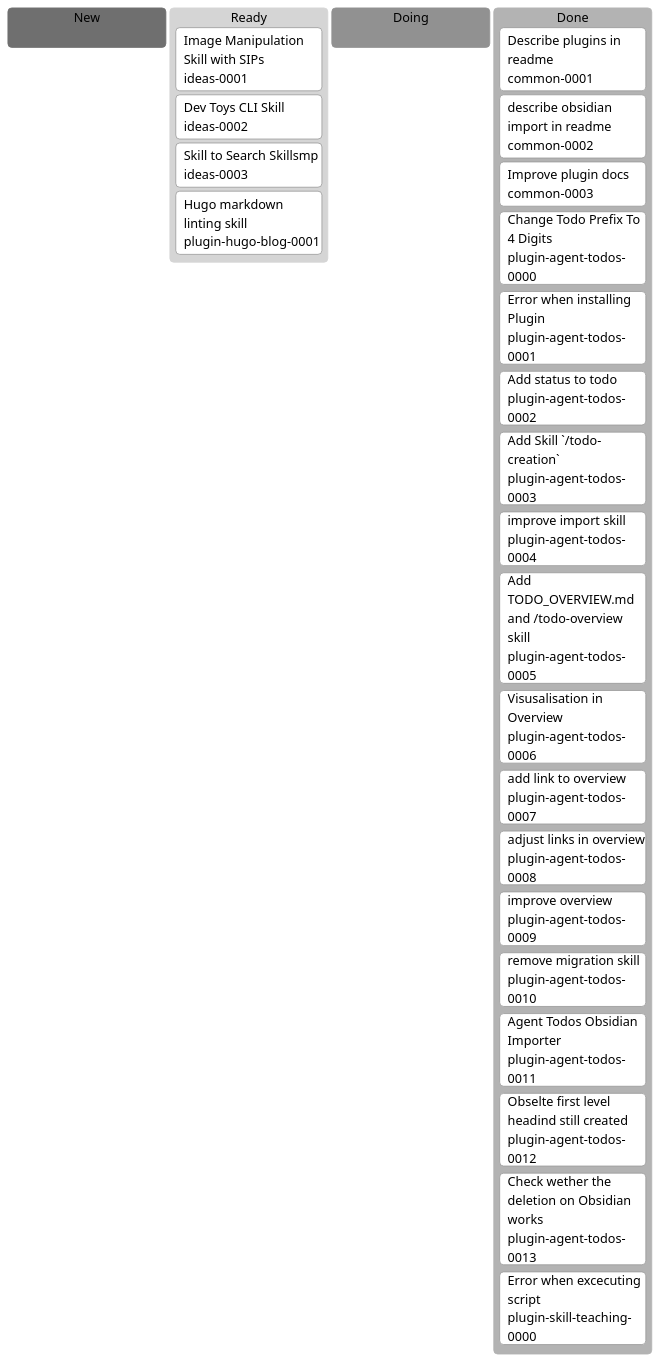
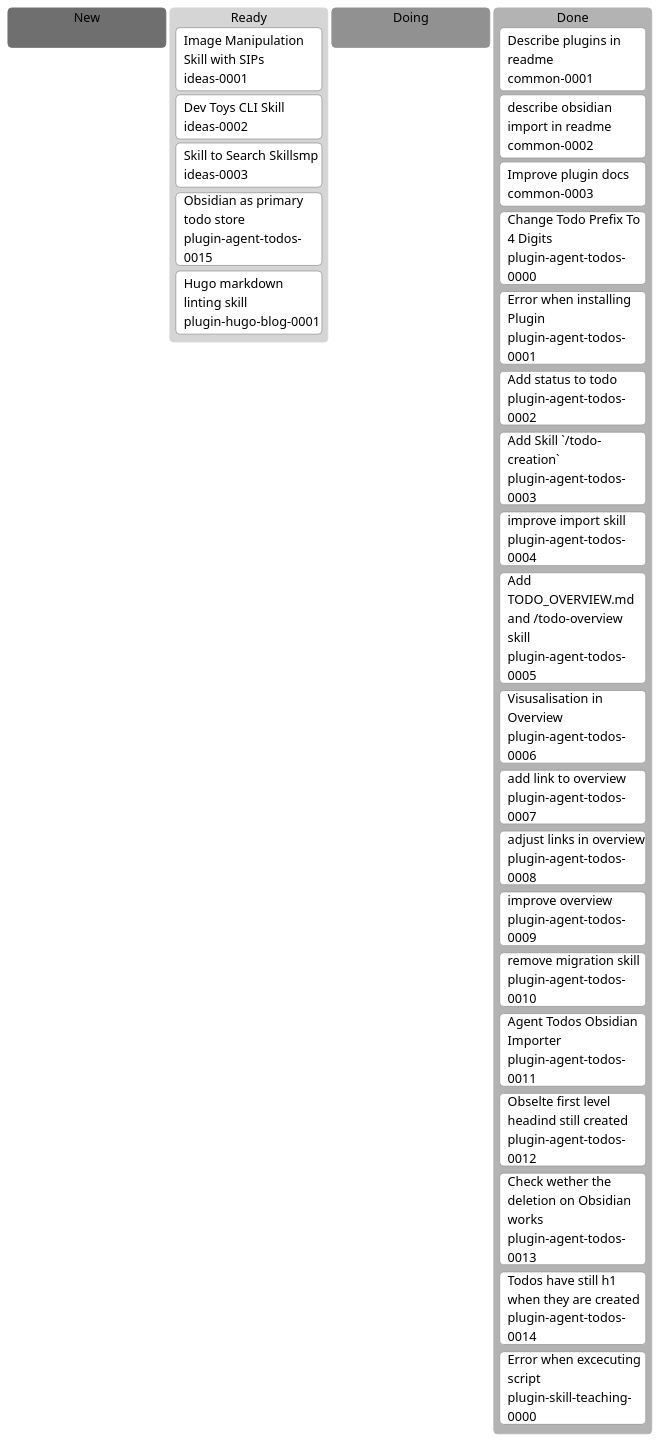
Before and after one commit to erich3000/ji-agent-skills: the diagram in docs/agent-todos/TODO_OVERVIEW.md, drawn with Mermaid. The commit also changed other lines of this file and 8 other files, not shown here.

Commit message:
fix(agent-todos): do no duplicate title

````diff
--- a/docs/agent-todos/TODO_OVERVIEW.md
+++ b/docs/agent-todos/TODO_OVERVIEW.md
@@ -7,32 +7,34 @@
 ```mermaid
 %%{init: {"theme":"neutral"}}%%
 kanban
   new[New]
 
   ready[Ready]
     ideas-0001[Image Manipulation Skill with SIPs]@{ ticket: ideas-0001 }
     ideas-0002[Dev Toys CLI Skill]@{ ticket: ideas-0002 }
     ideas-0003[Skill to Search Skillsmp]@{ ticket: ideas-0003 }
+    plugin-agent-todos-0015[Obsidian as primary todo store]@{ ticket: plugin-agent-todos-0015 }
     plugin-hugo-blog-0001[Hugo markdown linting skill]@{ ticket: plugin-hugo-blog-0001 }
   doing[Doing]
 
   done[Done]
     common-0001[Describe plugins in readme]@{ ticket: common-0001 }
     common-0002[describe obsidian import in readme]@{ ticket: common-0002 }
     common-0003[Improve plugin docs]@{ ticket: common-0003 }
     plugin-agent-todos-0000[Change Todo Prefix To 4 Digits]@{ ticket: plugin-agent-todos-0000 }
     plugin-agent-todos-0001[Error when installing Plugin]@{ ticket: plugin-agent-todos-0001 }
     plugin-agent-todos-0002[Add status to todo]@{ ticket: plugin-agent-todos-0002 }
     plugin-agent-todos-0003[Add Skill `/todo-creation`]@{ ticket: plugin-agent-todos-0003 }
     plugin-agent-todos-0004[improve import skill]@{ ticket: plugin-agent-todos-0004 }
     plugin-agent-todos-0005[Add TODO_OVERVIEW.md and /todo-overview skill]@{ ticket: plugin-agent-todos-0005 }
     plugin-agent-todos-0006[Visusalisation in Overview]@{ ticket: plugin-agent-todos-0006 }
     plugin-agent-todos-0007[add link to overview]@{ ticket: plugin-agent-todos-0007 }
     plugin-agent-todos-0008[adjust links in overview]@{ ticket: plugin-agent-todos-0008 }
     plugin-agent-todos-0009[improve overview]@{ ticket: plugin-agent-todos-0009 }
     plugin-agent-todos-0010[remove migration skill]@{ ticket: plugin-agent-todos-0010 }
     plugin-agent-todos-0011[Agent Todos Obsidian Importer]@{ ticket: plugin-agent-todos-0011 }
     plugin-agent-todos-0012[Obselte first level headind still created]@{ ticket: plugin-agent-todos-0012 }
     plugin-agent-todos-0013[Check wether the deletion on Obsidian works]@{ ticket: plugin-agent-todos-0013 }
+    plugin-agent-todos-0014[Todos have still h1 when they are created]@{ ticket: plugin-agent-todos-0014 }
     plugin-skill-teaching-0000[Error when excecuting script]@{ ticket: plugin-skill-teaching-0000 }
 ```
````
